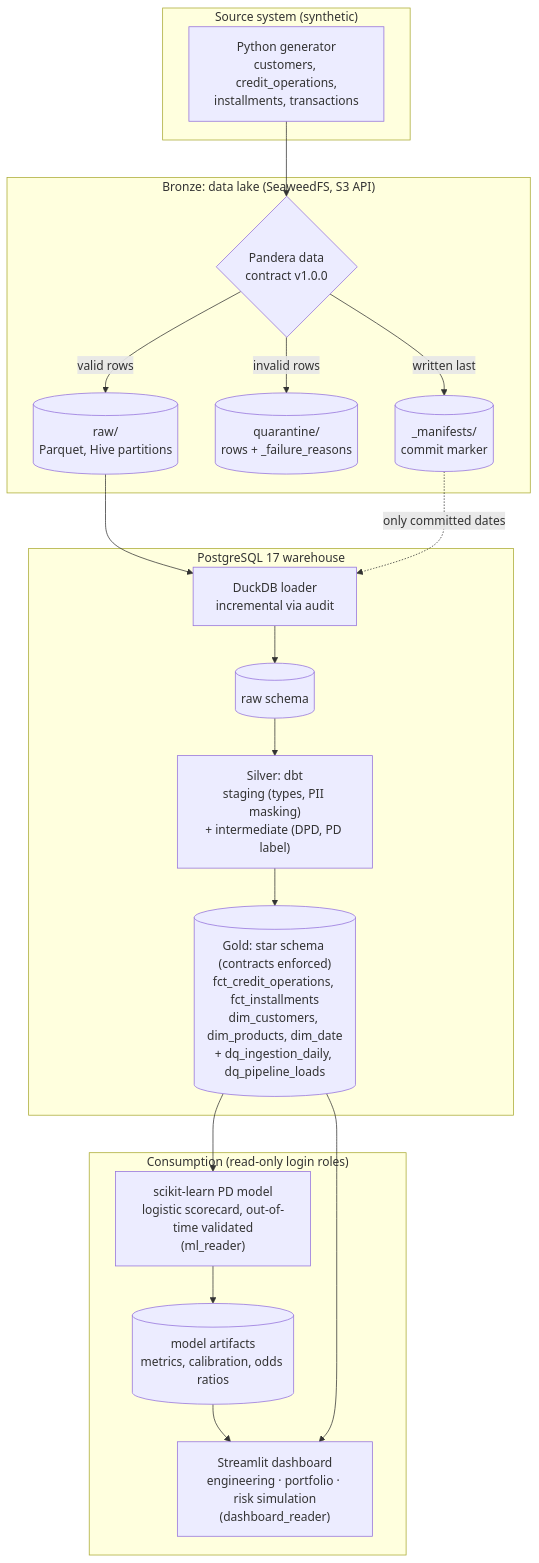
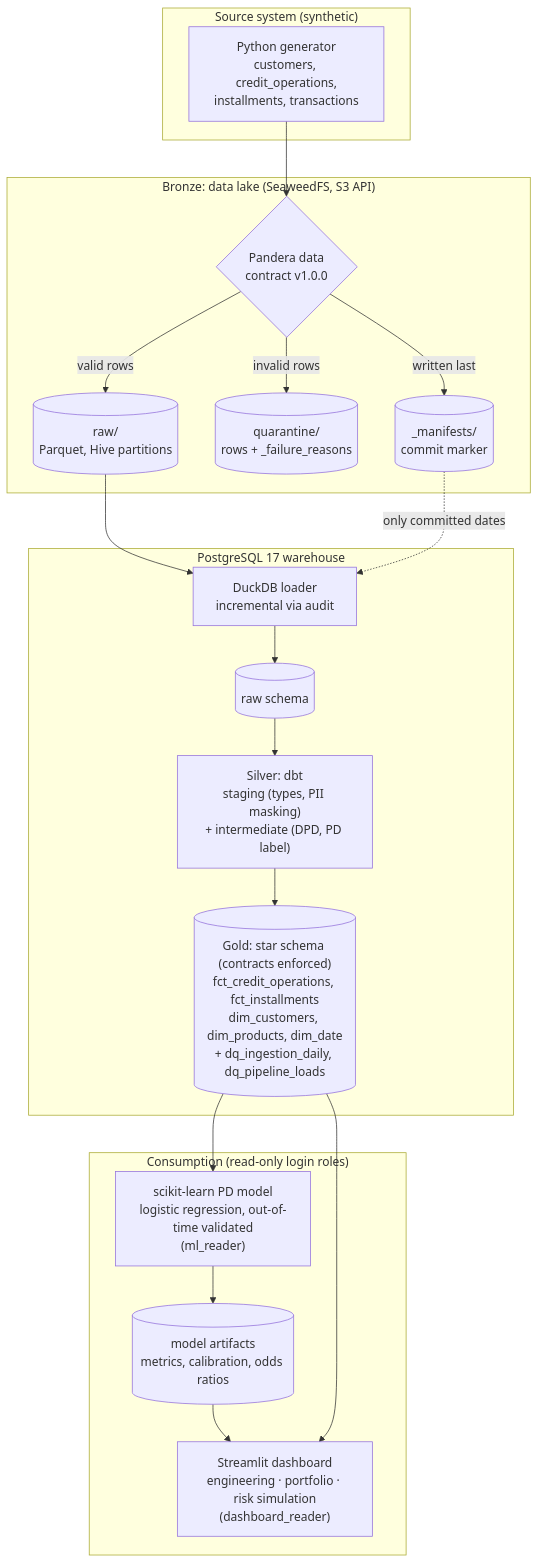
One commit to leoh-coder/credit-risk-data-platform changed the diagram in README.md. Above: the diagram before and after it, drawn with Mermaid. The commit also changed other lines of this file and 1 other file, not shown here.

````diff
--- a/README.md
+++ b/README.md
@@ -10,35 +12,35 @@
 ```mermaid
 flowchart TB
     subgraph SRC["Source system (synthetic)"]
         GEN["Python generator<br/>customers, credit_operations,<br/>installments, transactions"]
     end
 
     subgraph BRONZE["Bronze: data lake (SeaweedFS, S3 API)"]
         GATE{"Pandera data<br/>contract v1.0.0"}
         RAW[("raw/<br/>Parquet, Hive partitions")]
         QUA[("quarantine/<br/>rows + _failure_reasons")]
         MAN[("_manifests/<br/>commit marker")]
     end
 
     subgraph DW["PostgreSQL 17 warehouse"]
         LOADER["DuckDB loader<br/>incremental via audit"]
         PGRAW[("raw schema")]
         SILVER["Silver: dbt<br/>staging (types, PII masking)<br/>+ intermediate (DPD, PD label)"]
         GOLD[("Gold: star schema (contracts enforced)<br/>fct_credit_operations, fct_installments<br/>dim_customers, dim_products, dim_date<br/>+ dq_ingestion_daily, dq_pipeline_loads")]
     end
 
     subgraph USE["Consumption (read-only login roles)"]
-        ML["scikit-learn PD model<br/>logistic scorecard, out-of-time validated<br/>(ml_reader)"]
+        ML["scikit-learn PD model<br/>logistic regression, out-of-time validated<br/>(ml_reader)"]
         ART[("model artifacts<br/>metrics, calibration, odds ratios")]
         APP["Streamlit dashboard<br/>engineering · portfolio · risk simulation<br/>(dashboard_reader)"]
     end
 
     GEN --> GATE
     GATE -->|valid rows| RAW
     GATE -->|invalid rows| QUA
     GATE -->|written last| MAN
     RAW --> LOADER
     MAN -.->|only committed dates| LOADER
     LOADER --> PGRAW --> SILVER --> GOLD --> ML --> ART --> APP
     GOLD --> APP
 ```
````
